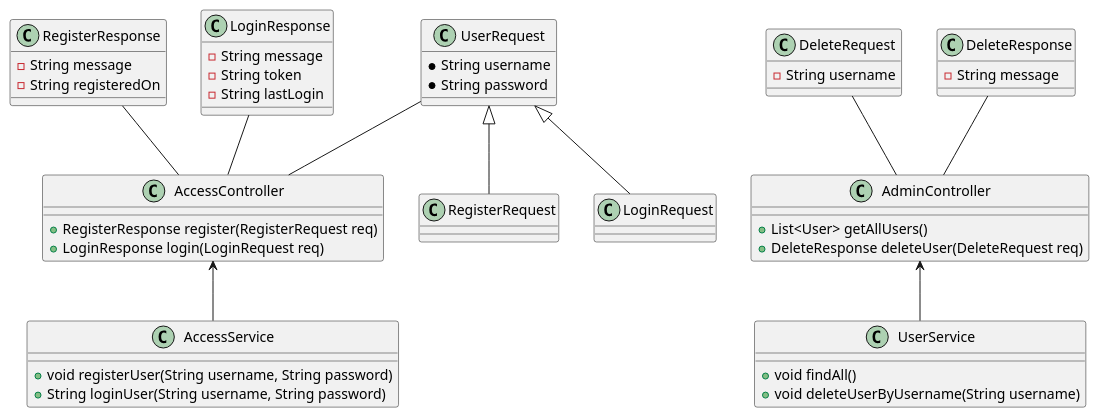
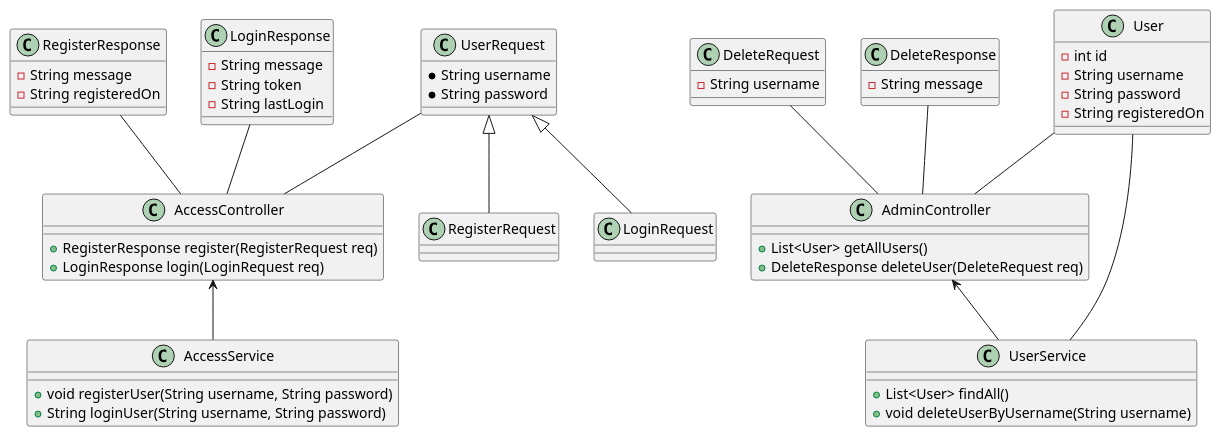
One commit to gcoppola8/RegisterSystem changed the diagram in register-system-design/class_diagram.plantuml. Above: the diagram before and after it, drawn with PlantUML.

Commit message:
Fix User design

```diff
--- a/register-system-design/class_diagram.plantuml
+++ b/register-system-design/class_diagram.plantuml
@@ -1,64 +1,74 @@
 @startuml
 
 class AccessController {
     + RegisterResponse register(RegisterRequest req)
     + LoginResponse login(LoginRequest req)
 }
 
 class AdminController {
     + List<User> getAllUsers()
     + DeleteResponse deleteUser(DeleteRequest req)
 }
 
 class UserRequest {
     * String username
     * String password
 }
 
 class RegisterRequest extends UserRequest {
 
 }
 
 class LoginRequest extends UserRequest {
 
 }
 
 class RegisterResponse {
     - String message
     - String registeredOn
 }
 
 class LoginResponse {
     - String message
     - String token 
     - String lastLogin 
 }
 
 class DeleteRequest {
     - String username
 }
 
 class DeleteResponse {
     - String message
 }
 
 class AccessService {
     + void registerUser(String username, String password)
     + String loginUser(String username, String password)
 }
 
 class UserService {
-    + void findAll()
+    + List<User> findAll()
     + void deleteUserByUsername(String username)
 }
 
+class User {
+    - int id
+    - String username
+    - String password
+    - String registeredOn
+}
+
+
+User -- AdminController
+User -- UserService
 AdminController <-- UserService
 AccessController <-- AccessService
 DeleteRequest -- AdminController
 DeleteResponse -- AdminController
 
 RegisterResponse -- AccessController
 LoginResponse -- AccessController
 UserRequest -- AccessController
 
 @enduml
```
